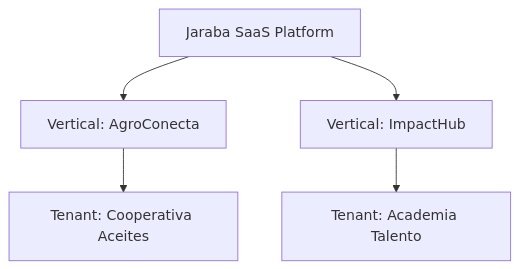
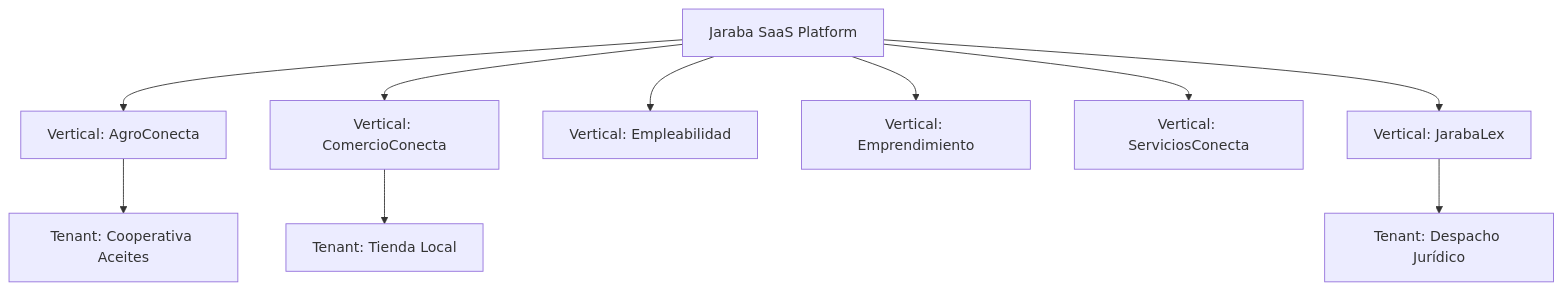
The diagram in docs/07_VERTICAL_CUSTOMIZATION_PATTERNS.md (JarabaImpactPlatformSaSS/JarabaImpactPlatformSaaS), drawn with Mermaid before and after one commit. The commit also changed other lines of this file and 1478 other files, not shown here.

````diff
--- a/docs/07_VERTICAL_CUSTOMIZATION_PATTERNS.md
+++ b/docs/07_VERTICAL_CUSTOMIZATION_PATTERNS.md
@@ -10,13 +21,23 @@
 ```mermaid
 graph TD
     Platform[Jaraba SaaS Platform]
     V1[Vertical: AgroConecta]
-    V2[Vertical: ImpactHub]
+    V2[Vertical: ComercioConecta]
+    V3[Vertical: Empleabilidad]
+    V4[Vertical: Emprendimiento]
+    V5[Vertical: ServiciosConecta]
+    V6[Vertical: JarabaLex]
     T1[Tenant: Cooperativa Aceites]
-    T2[Tenant: Academia Talento]
+    T2[Tenant: Tienda Local]
+    T3[Tenant: Despacho Jurídico]
     
     Platform --> V1
     Platform --> V2
+    Platform --> V3
+    Platform --> V4
+    Platform --> V5
+    Platform --> V6
     V1 --> T1
     V2 --> T2
+    V6 --> T3
 ```
````
